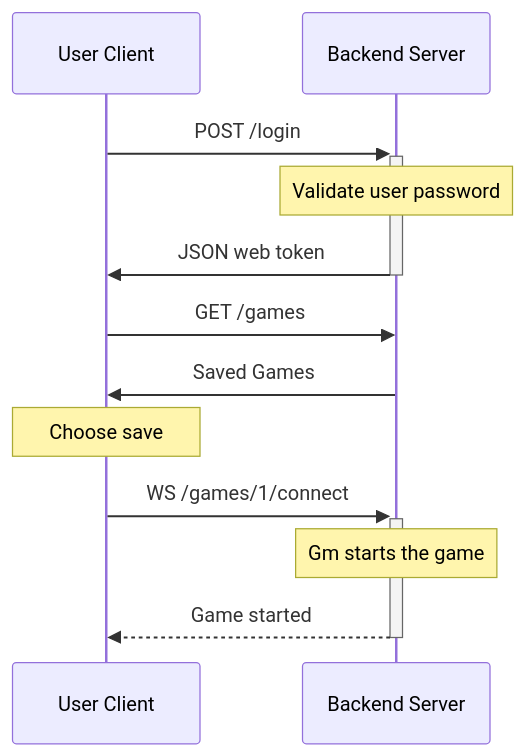
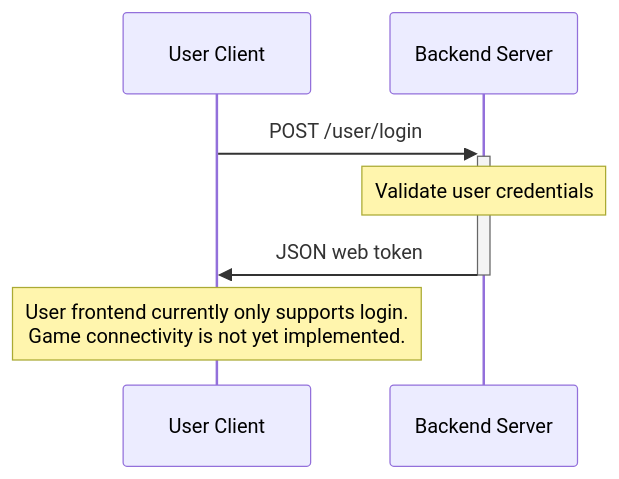
One commit to jakob-rzeppa/turnkeeper changed the third of 5 diagrams in docs/ARCHITECTURE.md. Above: the diagram before and after it, drawn with Mermaid. The commit also changed other lines of this file and 4 other files, not shown here.

````diff
--- a/docs/ARCHITECTURE.md
+++ b/docs/ARCHITECTURE.md
@@ -59,19 +62,11 @@
 ```mermaid
 sequenceDiagram
     participant User as User Client
     participant Backend as Backend Server
 
-    User->>+Backend: POST /login
-    note over Backend: Validate user password
+    User->>+Backend: POST /user/login
+    note over Backend: Validate user credentials
     Backend->>-User: JSON web token
 
-    User->>Backend: GET /games
-    Backend->>User: Saved Games
-    note over User: Choose save
-
-    User->>+Backend: WS /games/1/connect
-
-    note over Backend: Gm starts the game
-
-    Backend-->>-User: Game started
+    note over User: User frontend currently only supports login.<br/>Game connectivity is not yet implemented.
 ```
````
